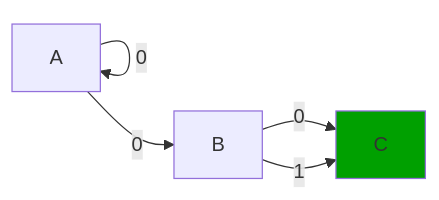
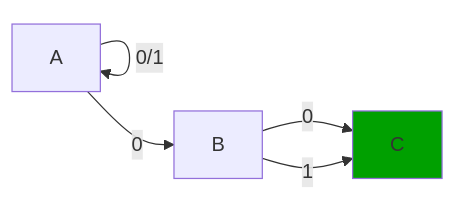
Before and after one commit to zbigos/KOMPI2020: the third of 5 diagrams in cwiczenia1.md, drawn with Mermaid. The commit also changed other lines of this file, not shown here.

````diff
--- a/cwiczenia1.md
+++ b/cwiczenia1.md
@@ -52,8 +75,8 @@
 ```mermaid
 graph LR;
-    A-->|0|A;
+    A-->|0/1|A;
     A-->|0|B;
     B-->|0|C;
     B-->|1|C;
 style C fill:#00a000
 ```
````
